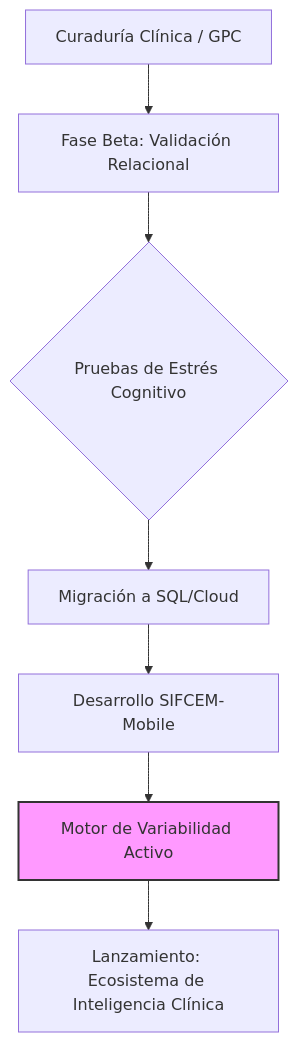
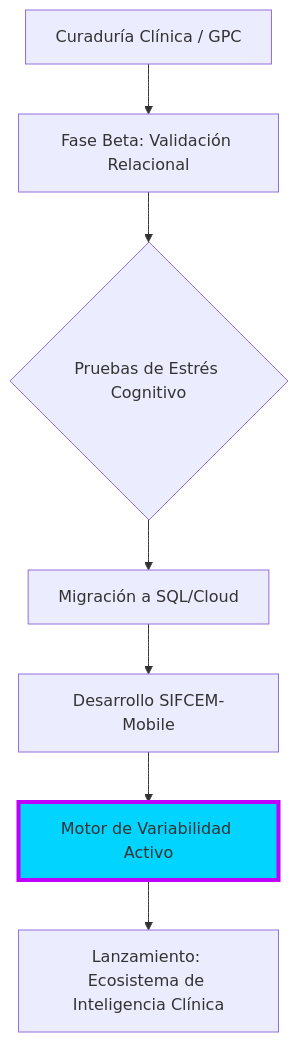
One commit to Martin-Munive/RESIDENCIA_Q-R changed the diagram in README.md. Above: the diagram before and after it, drawn with Mermaid.

Commit message:
Actualización de Readme.md: Se quita color rosado de la gráfica, se cambia a purpura Cyberpunk.

````diff
--- a/README.md
+++ b/README.md
@@ -46,10 +46,10 @@
 ```mermaid
 graph TD
     A[Curaduría Clínica / GPC] --> B[Fase Beta: Validación Relacional]
     B --> C{Pruebas de Estrés Cognitivo}
     C --> D[Migración a SQL/Cloud]
     D --> E[Desarrollo SIFCEM-Mobile]
     E --> F[Motor de Variabilidad Activo]
     F --> G[Lanzamiento: Ecosistema de Inteligencia Clínica]
-    style F fill:#f9f,stroke:#333,stroke-width:2px
+    style F fill:#00d4ff,stroke:#bd00ff,stroke-width:4px
 ```
````
